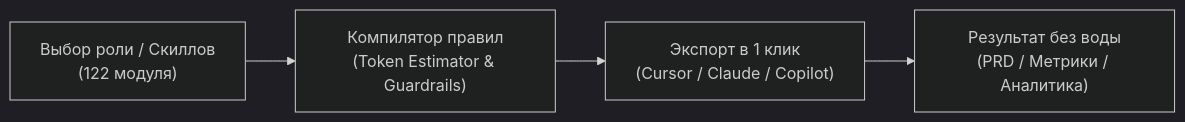
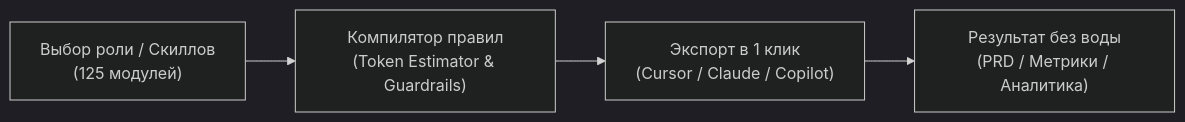
Before and after one commit to Anton-Creates/pdm-skills-agent: the diagram in README.md, drawn with Mermaid (dark theme). The commit also changed other lines of this file and 59 other files, not shown here.

````diff
--- a/README.md
+++ b/README.md
@@ -16,6 +16,6 @@
 ```mermaid
 flowchart LR
-    A["Выбор роли / Скиллов\n(122 модуля)"] --> B["Компилятор правил\n(Token Estimator & Guardrails)"]
+    A["Выбор роли / Скиллов\n(125 модулей)"] --> B["Компилятор правил\n(Token Estimator & Guardrails)"]
     B --> C["Экспорт в 1 клик\n(Cursor / Claude / Copilot)"]
     C --> D["Результат без воды\n(PRD / Метрики / Аналитика)"]
 ```
````
